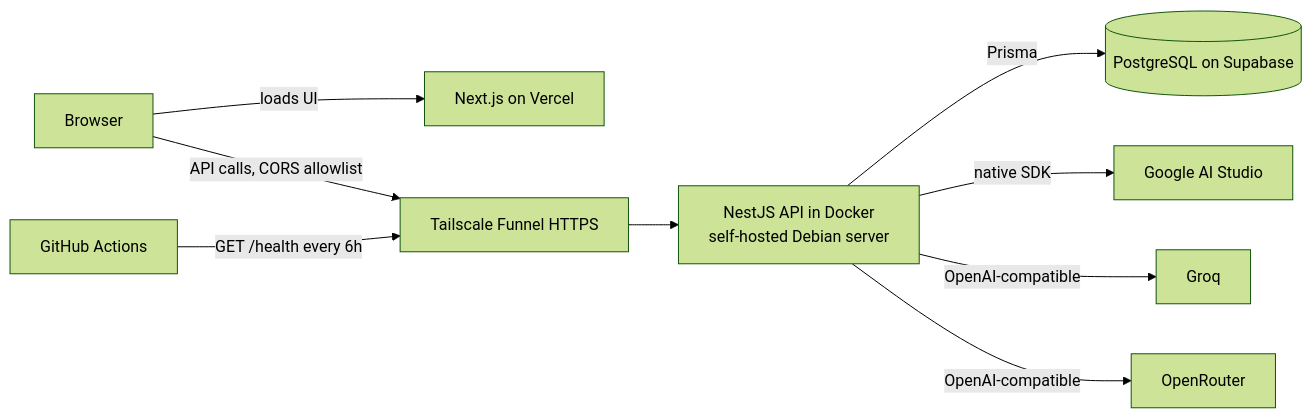
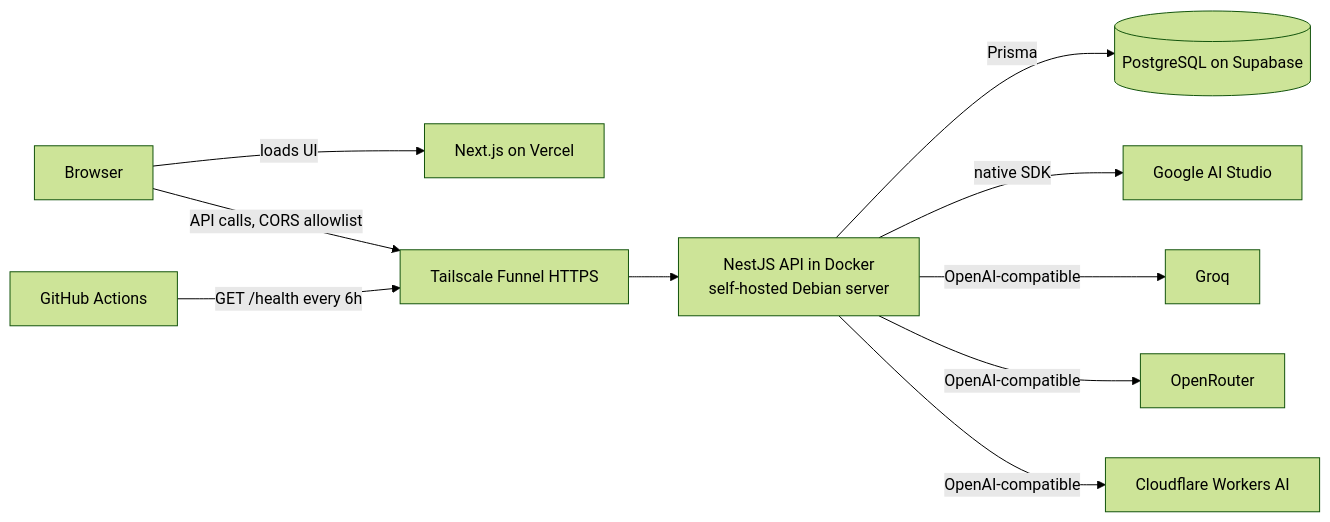
One commit to davidalexander24/AI-Workflow-Automation-Tool changed the diagram in README.md. Above: the diagram before and after it, drawn with Mermaid (forest theme). The commit also changed other lines of this file and 2 other files, not shown here.

Commit message:
docs: document multi-step workflows, Cloudflare models, and the protected demo

````diff
--- a/README.md
+++ b/README.md
@@ -26,11 +26,12 @@
 ```mermaid
 flowchart LR
   browser[Browser] -->|loads UI| vercel[Next.js on Vercel]
   browser -->|API calls, CORS allowlist| funnel[Tailscale Funnel HTTPS]
   funnel --> api[NestJS API in Docker<br/>self-hosted Debian server]
   api -->|Prisma| db[(PostgreSQL on Supabase)]
   api -->|native SDK| google[Google AI Studio]
   api -->|OpenAI-compatible| groq[Groq]
   api -->|OpenAI-compatible| openrouter[OpenRouter]
+  api -->|OpenAI-compatible| cloudflare[Cloudflare Workers AI]
   actions[GitHub Actions] -->|GET /health every 6h| funnel
 ```
````
